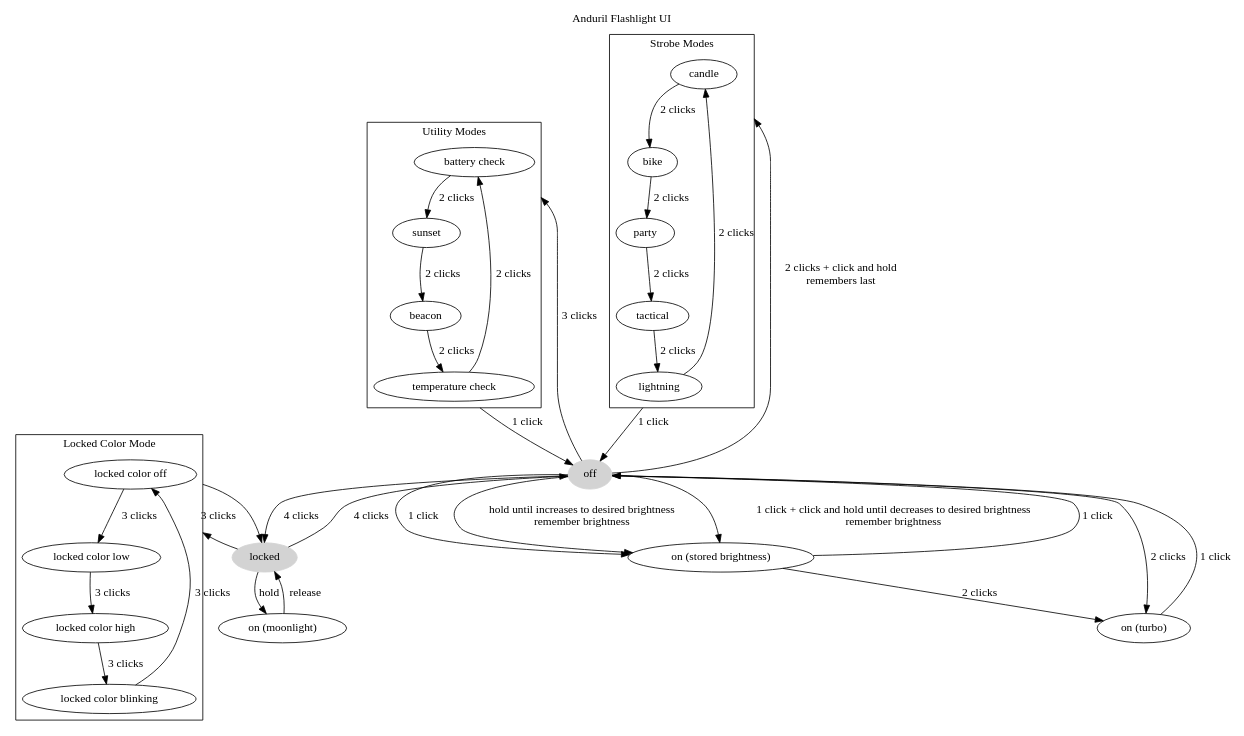
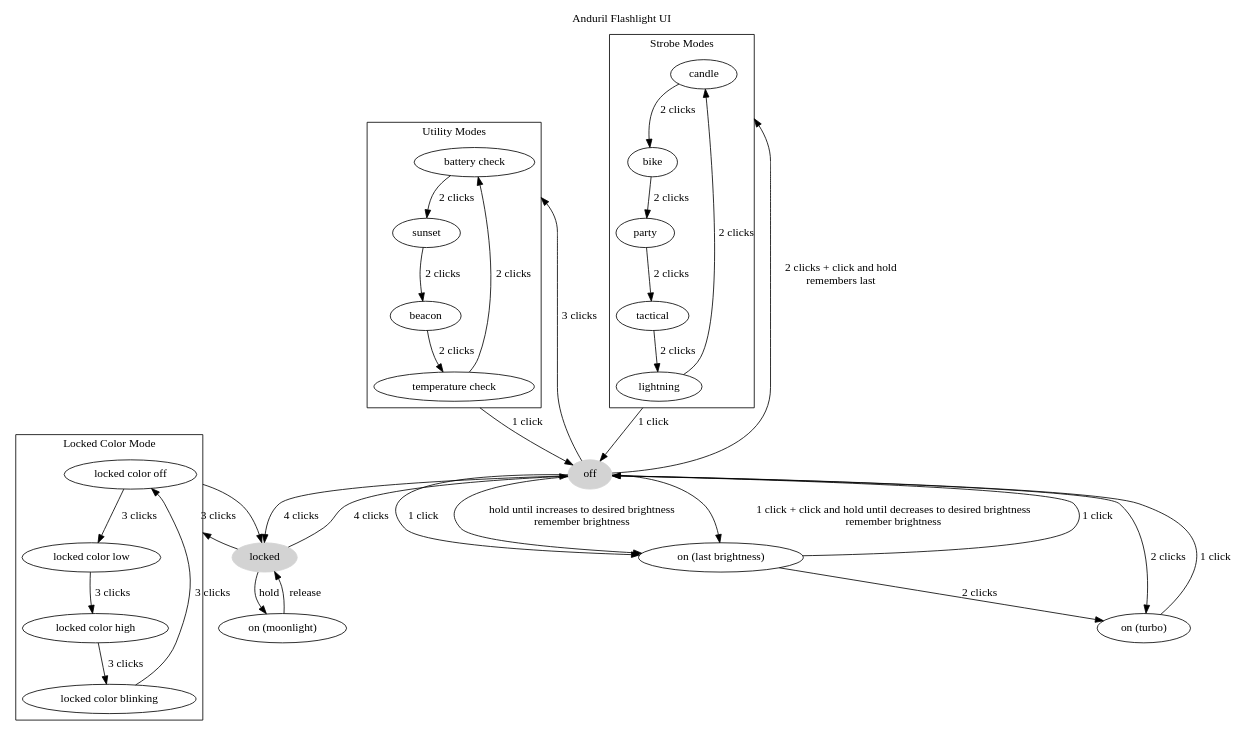
One commit to mmb/anduril-ui-diagram changed the diagram in ui.dot. Above: the diagram before and after it, drawn with Graphviz. The commit also changed 2 other files, not shown here.

Commit message:
Use "last brightness" instead of "stored brightness"

```diff
--- a/ui.dot
+++ b/ui.dot
@@ -1,52 +1,52 @@
 digraph {
   compound=true
 
   off[style="filled",color="lightgrey"]
-  off -> "on (stored brightness)"[label="1 click"];
-  off -> "on (stored brightness)"[label="hold until increases to desired brightness\nremember brightness"];
+  off -> "on (last brightness)"[label="1 click"];
+  off -> "on (last brightness)"[label="hold until increases to desired brightness\nremember brightness"];
   off -> "on (turbo)"[label="2 clicks"];
-  off -> "on (stored brightness)"[label="1 click + click and hold until decreases to desired brightness\nremember brightness"];
+  off -> "on (last brightness)"[label="1 click + click and hold until decreases to desired brightness\nremember brightness"];
   off -> locked[label="4 clicks"];
 
   label="Utility Modes"
   off -> "battery check"[label="3 clicks",lhead="cluster_utility"];
   "temperature check" -> off[label="1 click",ltail="cluster_utility"]
   subgraph cluster_utility {
     "battery check" -> "sunset"[label="2 clicks"]
     sunset -> beacon[label="2 clicks"]
     beacon -> "temperature check"[label="2 clicks"]
     "temperature check" -> "battery check"[label="2 clicks"]
   }
 
   label="Strobe Modes"
   off -> candle[label="2 clicks + click and hold\nremembers last",lhead="cluster_strobe"];
   lightning -> off[label="1 click",ltail="cluster_strobe"];
   subgraph cluster_strobe {
     candle -> bike[label="2 clicks"]
     bike -> party[label="2 clicks"]
     party -> tactical[label="2 clicks"]
     tactical -> lightning[label="2 clicks"]
     lightning -> "candle"[label="2 clicks"]
   }
 
   locked[style="filled",color="lightgrey"]
   locked -> off[label="4 clicks"];
   locked -> "on (moonlight)"[label="hold"];
   locked -> "locked color off"[label="3 clicks",lhead="cluster_locked_color_mode"];
   "locked color off" -> locked[ltail="cluster_locked_color_mode"];
   label="Locked Color Mode"
   subgraph cluster_locked_color_mode {
     "locked color off" -> "locked color low"[label="3 clicks"]
     "locked color low" -> "locked color high"[label="3 clicks"]
     "locked color high" -> "locked color blinking"[label="3 clicks"]
     "locked color blinking" -> "locked color off"[label="3 clicks"]
   }
 
   "on (moonlight)" -> "locked"[label="release"];
-  "on (stored brightness)" -> off[label="1 click"];
-  "on (stored brightness)" -> "on (turbo)"[label="2 clicks"];
+  "on (last brightness)" -> off[label="1 click"];
+  "on (last brightness)" -> "on (turbo)"[label="2 clicks"];
   "on (turbo)" -> off[label="1 click"];
 
   label="Anduril Flashlight UI"
   labelloc=t
 }
```
